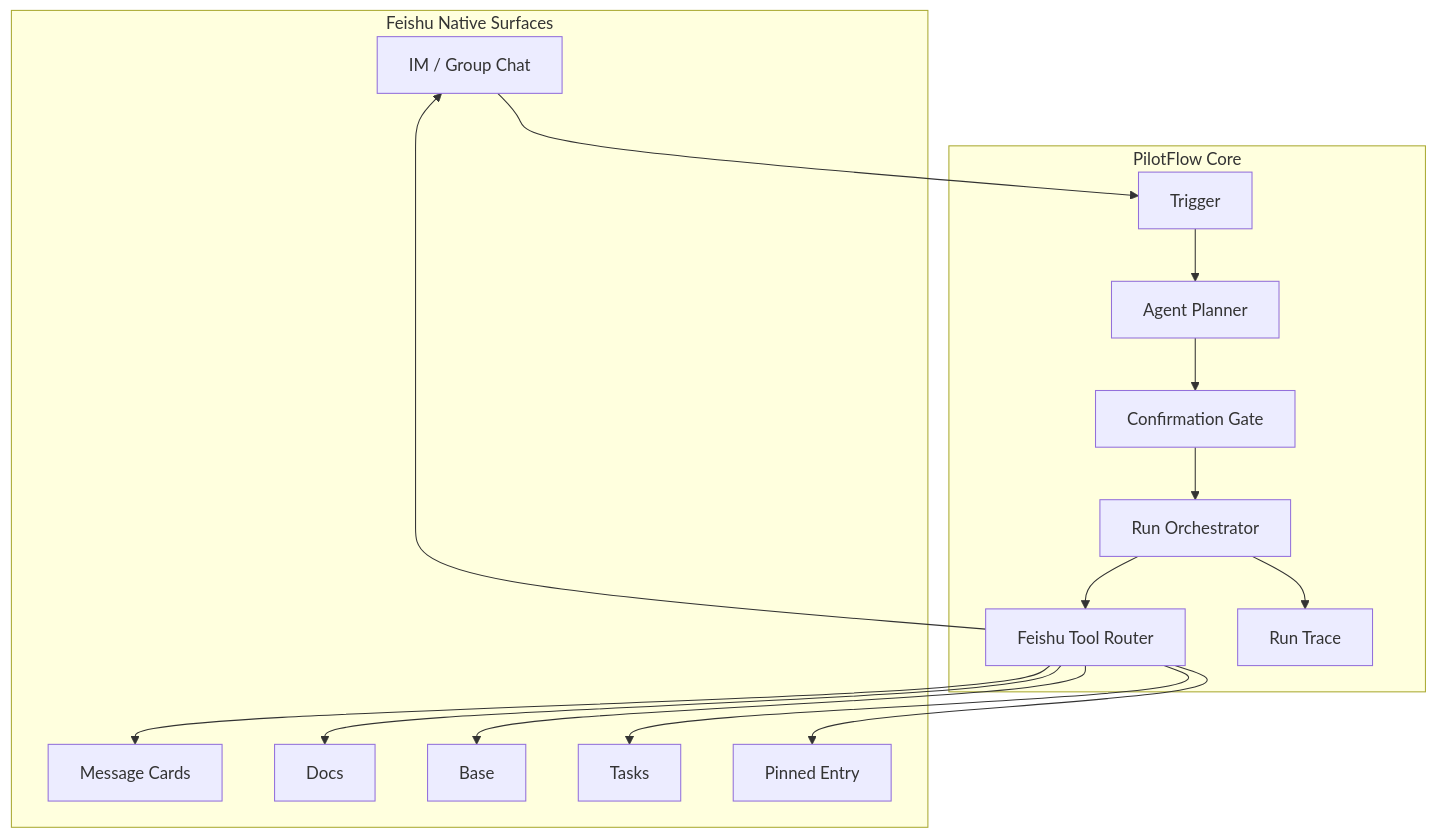
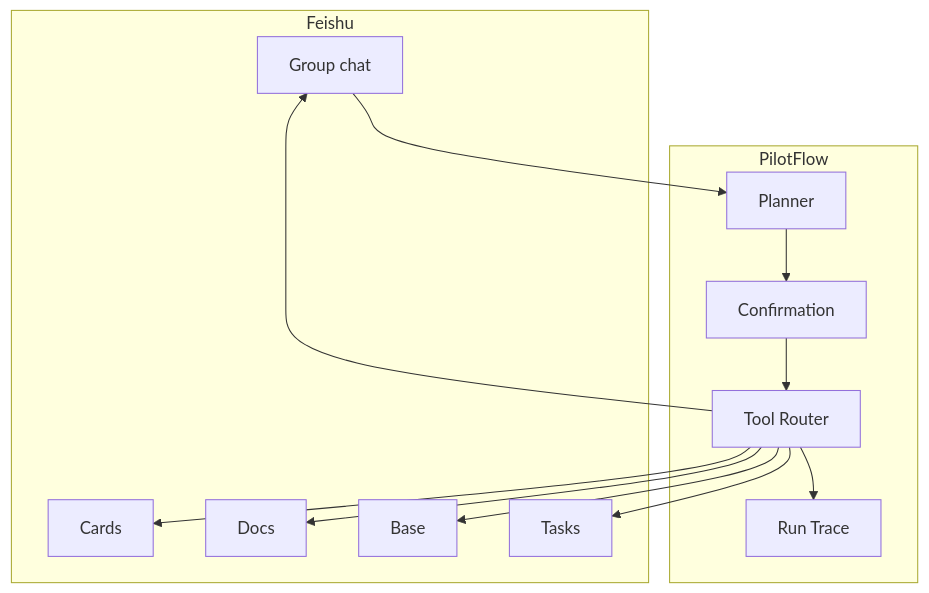
The second of 2 diagrams in README_EN.md (DeliciousBuding/pilot-flow), drawn with Mermaid before and after one commit. The commit also changed other lines of this file and 1 other file, not shown here.

First line of the commit message:
docs: remove GPT writing style and replace journey diagram

````diff
--- a/README_EN.md
+++ b/README_EN.md
@@ -98,33 +77,27 @@
 ```mermaid
 flowchart TB
-    subgraph "Feishu Native Surfaces"
-        IM["IM / Group Chat"]
-        Card["Message Cards"]
+    subgraph "Feishu"
+        IM["Group chat"]
+        Card["Cards"]
         Doc["Docs"]
         Base["Base"]
         Task["Tasks"]
-        Ann["Pinned Entry"]
     end
 
-    subgraph "PilotFlow Core"
-        Trigger["Trigger"]
-        Planner["Agent Planner"]
-        Confirm["Confirmation Gate"]
-        Orchestrator["Run Orchestrator"]
-        Router["Feishu Tool Router"]
+    subgraph "PilotFlow"
+        Planner["Planner"]
+        Confirm["Confirmation"]
+        Router["Tool Router"]
         Recorder["Run Trace"]
     end
 
-    IM --> Trigger
-    Trigger --> Planner
+    IM --> Planner
     Planner --> Confirm
-    Confirm --> Orchestrator
-    Orchestrator --> Router
-    Orchestrator --> Recorder
+    Confirm --> Router
     Router --> Doc
     Router --> Base
     Router --> Task
     Router --> Card
-    Router --> Ann
     Router --> IM
+    Router --> Recorder
 ```
````
